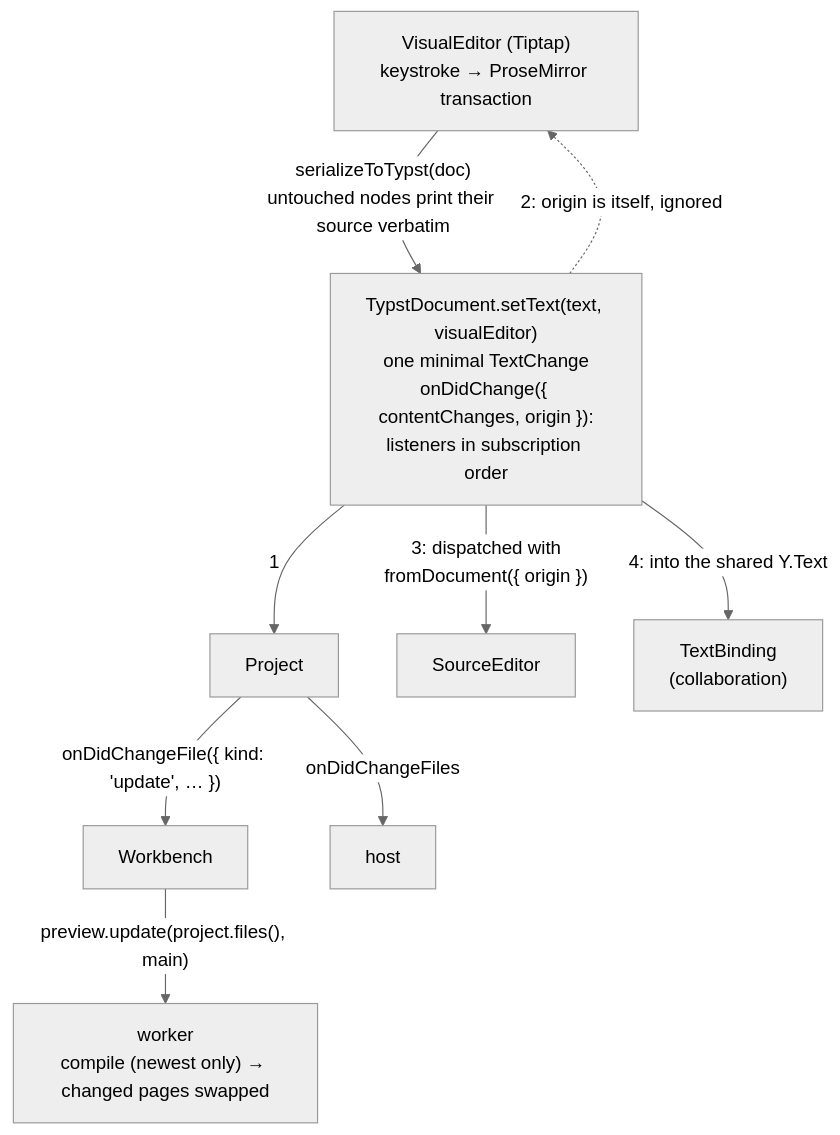
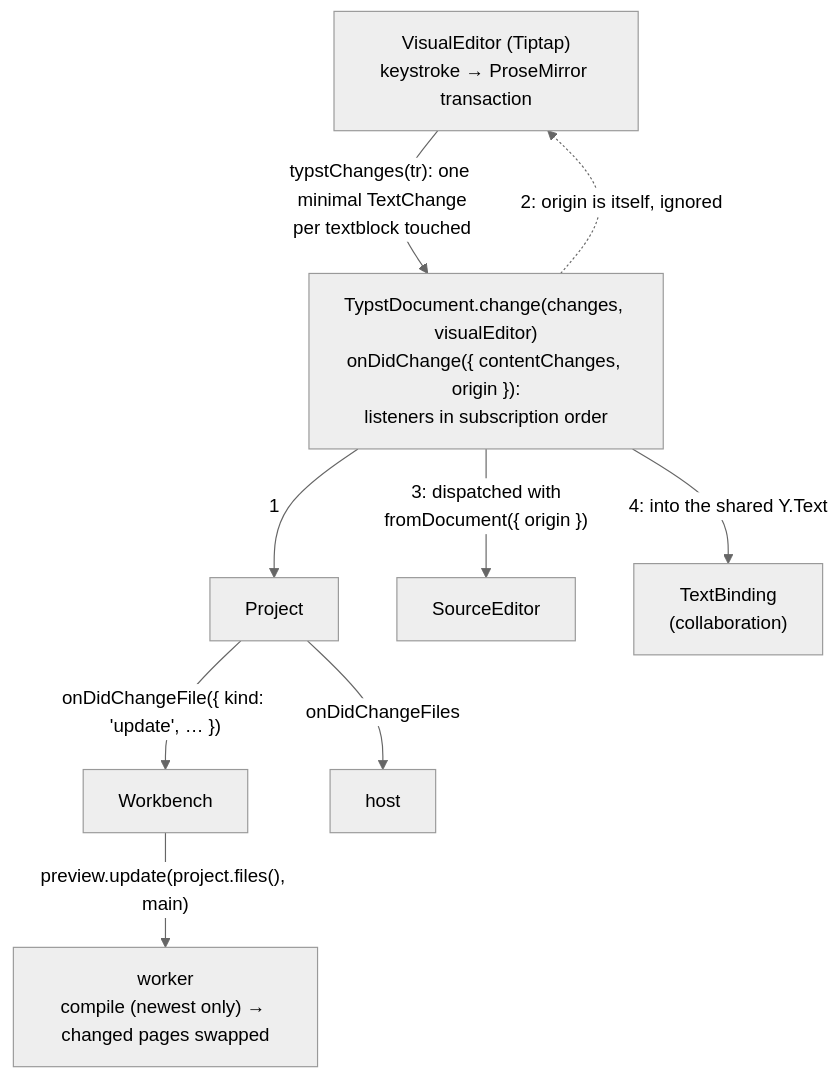
Before and after one commit to sandstorm/zwiebelfisch: the diagram in docs/diagrams/keystroke.mmd, drawn with Mermaid (neutral theme). The commit also changed 6 other files, not shown here.

First line of the commit message:
Visual editor: write back one TextChange per touched textblock

```diff
--- a/docs/diagrams/keystroke.mmd
+++ b/docs/diagrams/keystroke.mmd
@@ -1,25 +1,24 @@
 flowchart TD
   visual["`VisualEditor (Tiptap)
   keystroke → ProseMirror transaction`"]
-  document["`TypstDocument.setText(text, visualEditor)
-  one minimal TextChange
+  document["`TypstDocument.change(changes, visualEditor)
   onDidChange({ contentChanges, origin }):
   listeners in subscription order`"]
   project["Project"]
   workbench["Workbench"]
   worker["`worker
   compile (newest only) → changed pages swapped`"]
   host["host"]
   source["SourceEditor"]
   binding["`TextBinding
   (collaboration)`"]
-  visual -- "`serializeToTypst(doc)
-  untouched nodes print their source verbatim`" --> document
+  visual -- "`typstChanges(tr): one minimal TextChange
+  per textblock touched`" --> document
   document -- 1 --> project
   document -. "`2: origin is itself, ignored`" .-> visual
   document -- "`3: dispatched with
   fromDocument({ origin })`" --> source
   document -- "`4: into the shared Y.Text`" --> binding
   project -- "`onDidChangeFile({ kind: 'update', … })`" --> workbench
   project -- onDidChangeFiles --> host
   workbench -- "`preview.update(project.files(), main)`" --> worker
```
